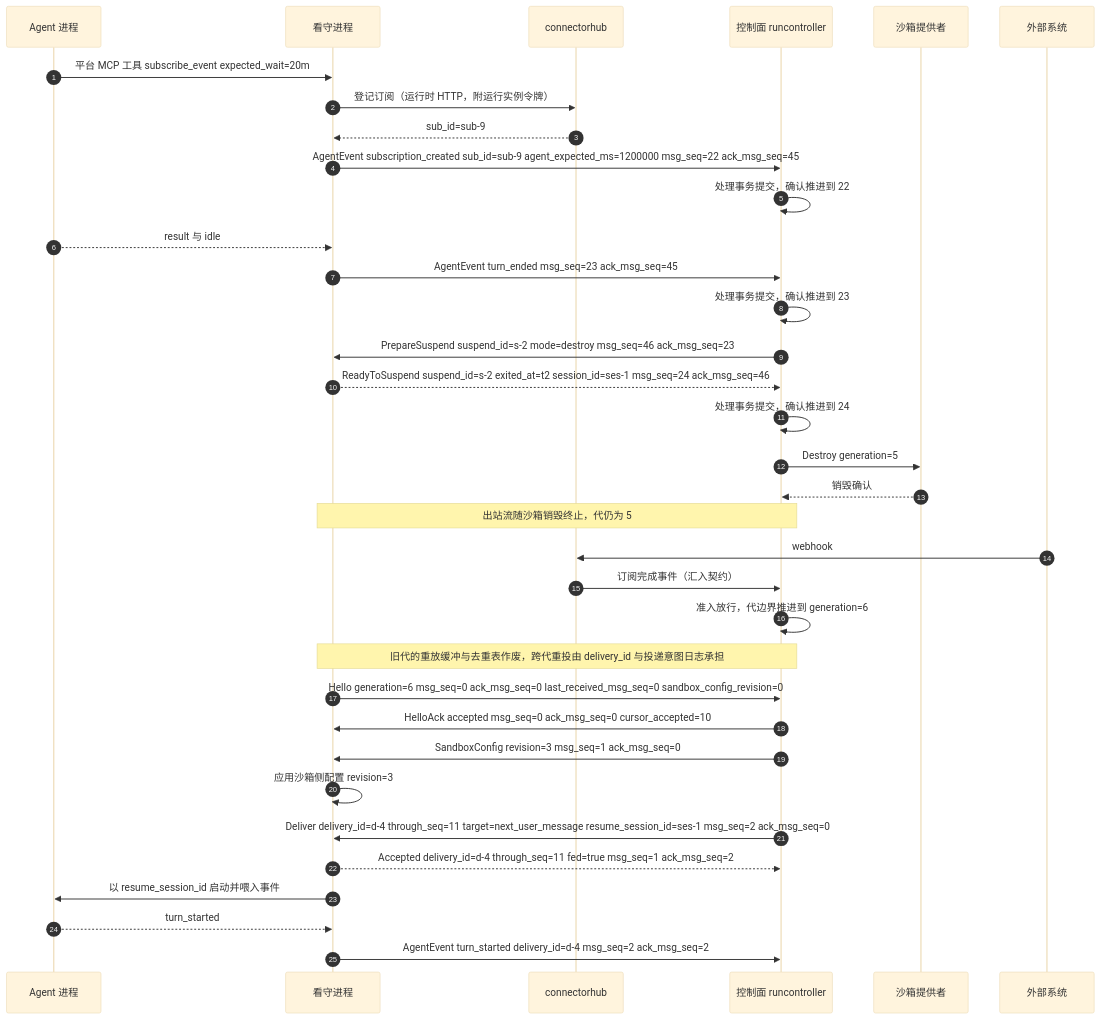
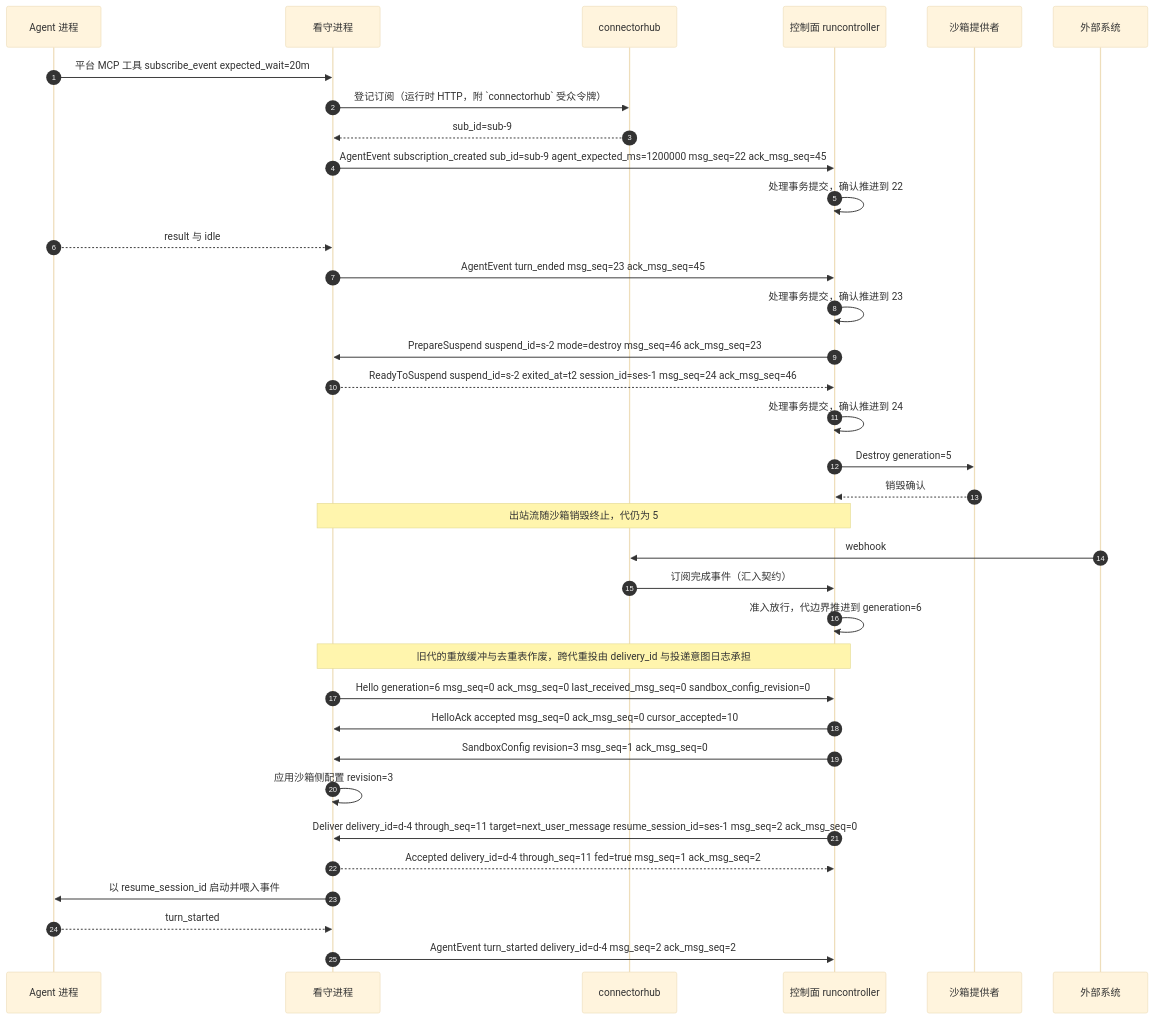
One commit to wangzw/castworks changed the fourth of 8 diagrams in docs/design/modules/design-agentprotocol.md. Above: the diagram before and after it, drawn with Mermaid (base theme). The commit also changed other lines of this file and 29 other files, not shown here.

````diff
--- a/docs/design/modules/design-agentprotocol.md
+++ b/docs/design/modules/design-agentprotocol.md
@@ -406,37 +449,37 @@
 ```mermaid
 sequenceDiagram
     autonumber
     participant A as Agent 进程
     participant W as 看守进程
     participant C as connectorhub
     participant R as 控制面 runcontroller
     participant P as 沙箱提供者
     participant X as 外部系统
     A->>W: 平台 MCP 工具 subscribe_event expected_wait=20m
-    W->>C: 登记订阅（运行时 HTTP，附运行实例令牌）
+    W->>C: 登记订阅（运行时 HTTP，附 `connectorhub` 受众令牌）
     C-->>W: sub_id=sub-9
     W->>R: AgentEvent subscription_created sub_id=sub-9 agent_expected_ms=1200000 msg_seq=22 ack_msg_seq=45
     R->>R: 处理事务提交，确认推进到 22
     A-->>W: result 与 idle
     W->>R: AgentEvent turn_ended msg_seq=23 ack_msg_seq=45
     R->>R: 处理事务提交，确认推进到 23
     R->>W: PrepareSuspend suspend_id=s-2 mode=destroy msg_seq=46 ack_msg_seq=23
     W-->>R: ReadyToSuspend suspend_id=s-2 exited_at=t2 session_id=ses-1 msg_seq=24 ack_msg_seq=46
     R->>R: 处理事务提交，确认推进到 24
     R->>P: Destroy generation=5
     P-->>R: 销毁确认
     Note over W,R: 出站流随沙箱销毁终止，代仍为 5
     X->>C: webhook
     C->>R: 订阅完成事件（汇入契约）
     R->>R: 准入放行，代边界推进到 generation=6
     Note over W,R: 旧代的重放缓冲与去重表作废，跨代重投由 delivery_id 与投递意图日志承担
     W->>R: Hello generation=6 msg_seq=0 ack_msg_seq=0 last_received_msg_seq=0 sandbox_config_revision=0
     R->>W: HelloAck accepted msg_seq=0 ack_msg_seq=0 cursor_accepted=10
     R->>W: SandboxConfig revision=3 msg_seq=1 ack_msg_seq=0
     W->>W: 应用沙箱侧配置 revision=3
     R->>W: Deliver delivery_id=d-4 through_seq=11 target=next_user_message resume_session_id=ses-1 msg_seq=2 ack_msg_seq=0
     W-->>R: Accepted delivery_id=d-4 through_seq=11 fed=true msg_seq=1 ack_msg_seq=2
     W->>A: 以 resume_session_id 启动并喂入事件
     A-->>W: turn_started
     W->>R: AgentEvent turn_started delivery_id=d-4 msg_seq=2 ack_msg_seq=2
 ```
````
